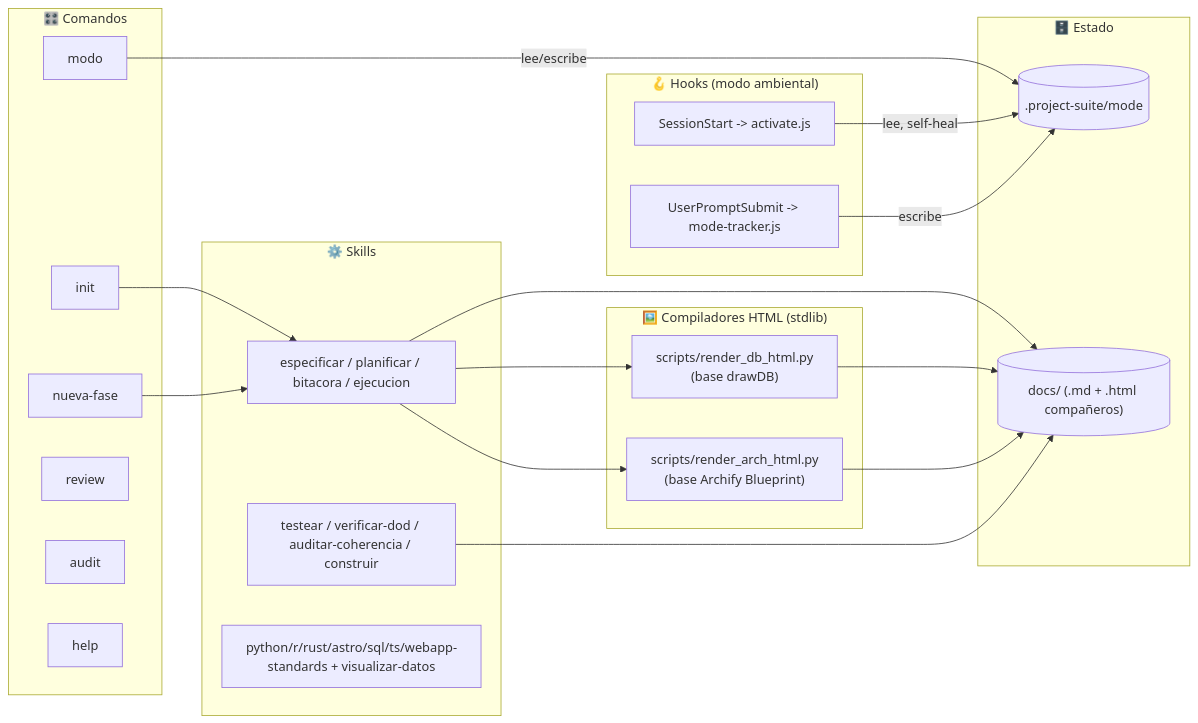
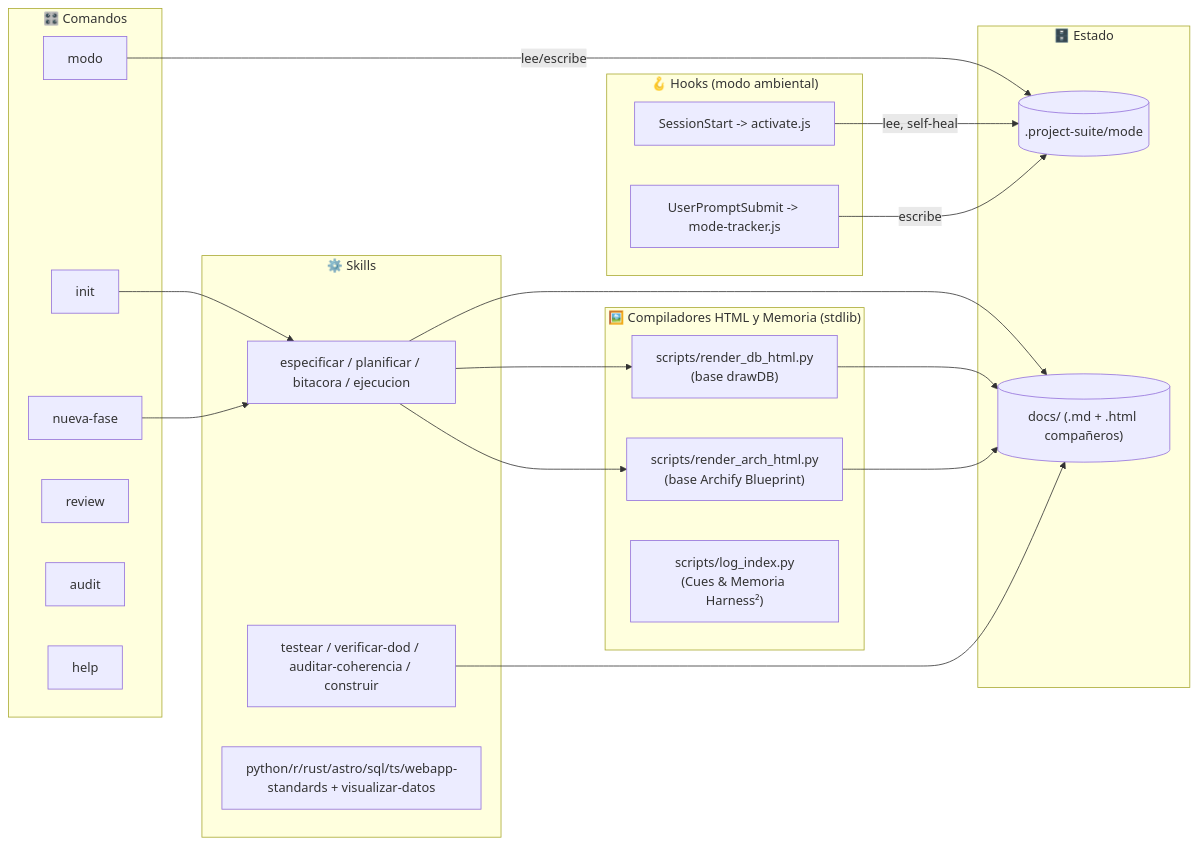
The first of 2 diagrams in docs/description_proyecto.md (AlexPrietoRomani/project-suite), drawn with Mermaid before and after one commit. The commit also changed other lines of this file and 13 other files, not shown here.

````diff
--- a/docs/description_proyecto.md
+++ b/docs/description_proyecto.md
@@ -18,41 +18,42 @@
 ```mermaid
 flowchart LR
     subgraph CMD["🎛️ Comandos"]
         INIT["init"]
         NF["nueva-fase"]
         MODO["modo"]
         REVIEW["review"]
         AUDIT["audit"]
         HELP["help"]
     end
 
     subgraph SKILLS["⚙️ Skills"]
         DOC["especificar / planificar / bitacora / ejecucion"]
         LOOP["testear / verificar-dod / auditar-coherencia / construir"]
         STD["python/r/rust/astro/sql/ts/webapp-standards + visualizar-datos"]
     end
 
-    subgraph RENDER["🖼️ Compiladores HTML (stdlib)"]
+    subgraph RENDER["🖼️ Compiladores HTML y Memoria (stdlib)"]
         RDB["scripts/render_db_html.py\n(base drawDB)"]
         RARCH["scripts/render_arch_html.py\n(base Archify Blueprint)"]
+        LIDX["scripts/log_index.py\n(Cues & Memoria Harness²)"]
     end
 
     subgraph HOOKS["🪝 Hooks (modo ambiental)"]
         SS["SessionStart -> activate.js"]
         UPS["UserPromptSubmit -> mode-tracker.js"]
     end
 
     subgraph STATE["🗄️ Estado"]
         MODE[(".project-suite/mode")]
         DOCS[("docs/ (.md + .html compañeros)")]
     end
 
     INIT --> DOC --> DOCS
     DOC --> RDB --> DOCS
     DOC --> RARCH --> DOCS
     NF --> DOC
     LOOP --> DOCS
     MODO -->|"lee/escribe"| MODE
     SS -->|"lee, self-heal"| MODE
     UPS -->|"escribe"| MODE
 ```
````
